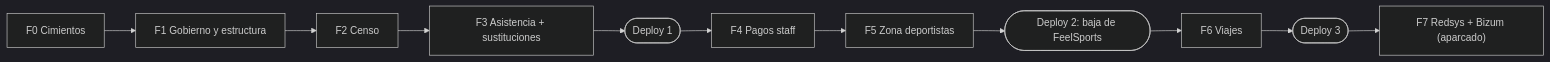
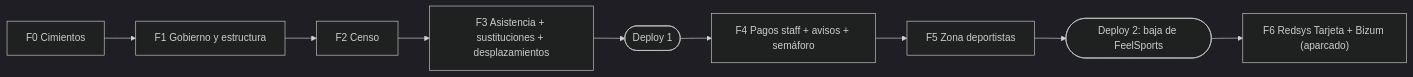
One commit to Caxoneto/voleibol-sanpedro changed the sixth of 6 diagrams in docs/plan-intranet-club.md. Above: the diagram before and after it, drawn with Mermaid (dark theme). The commit also changed other lines of this file, not shown here.

````diff
--- a/docs/plan-intranet-club.md
+++ b/docs/plan-intranet-club.md
@@ -499,13 +425,11 @@
 ```mermaid
 flowchart LR
   F0["F0 Cimientos"] --> F1["F1 Gobierno y estructura"]
   F1 --> F2["F2 Censo"]
-  F2 --> F3["F3 Asistencia + sustituciones"]
+  F2 --> F3["F3 Asistencia + sustituciones + desplazamientos"]
   F3 --> D1(["Deploy 1"])
-  D1 --> F4["F4 Pagos staff"]
+  D1 --> F4["F4 Pagos staff + avisos + semáforo"]
   F4 --> F5["F5 Zona deportistas"]
   F5 --> D2(["Deploy 2: baja de FeelSports"])
-  D2 --> F6["F6 Viajes"]
-  F6 --> D3(["Deploy 3"])
-  D3 --> F7["F7 Redsys + Bizum (aparcado)"]
+  D2 --> F6["F6 Redsys Tarjeta + Bizum (aparcado)"]
 ```
````
